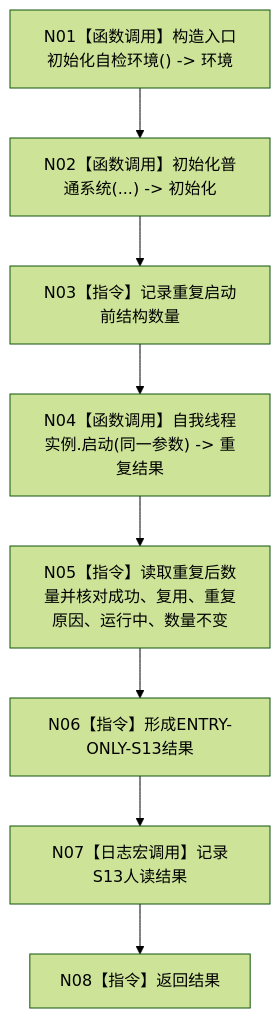
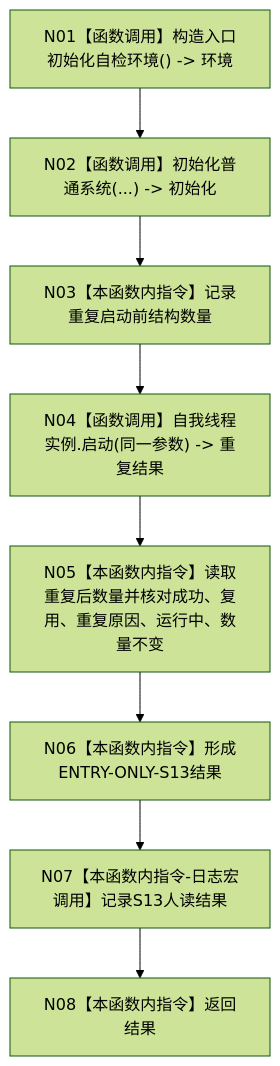
Before and after one commit to chunhaizh-cyber/HY-Ego: the diagram in 流程图/20260726_ENTRY-ONLY_S13_自我线程重复启动结构不变_施工流程图_v0.1.md, drawn with Mermaid (forest theme). The commit also changed other lines of this file and 88 other files, not shown here.

````diff
--- a/流程图/20260726_ENTRY-ONLY_S13_自我线程重复启动结构不变_施工流程图_v0.1.md
+++ b/流程图/20260726_ENTRY-ONLY_S13_自我线程重复启动结构不变_施工流程图_v0.1.md
@@ -7,10 +27,10 @@
 ```mermaid
 flowchart TD
     N01["N01【函数调用】构造入口初始化自检环境() -> 环境"] --> N02["N02【函数调用】初始化普通系统(...) -> 初始化"]
-    N02 --> N03["N03【指令】记录重复启动前结构数量"]
+    N02 --> N03["N03【本函数内指令】记录重复启动前结构数量"]
     N03 --> N04["N04【函数调用】自我线程实例.启动(同一参数) -> 重复结果"]
-    N04 --> N05["N05【指令】读取重复后数量并核对成功、复用、重复原因、运行中、数量不变"]
-    N05 --> N06["N06【指令】形成ENTRY-ONLY-S13结果"]
-    N06 --> N07["N07【日志宏调用】记录S13人读结果"]
-    N07 --> N08["N08【指令】返回结果"]
+    N04 --> N05["N05【本函数内指令】读取重复后数量并核对成功、复用、重复原因、运行中、数量不变"]
+    N05 --> N06["N06【本函数内指令】形成ENTRY-ONLY-S13结果"]
+    N06 --> N07["N07【本函数内指令-日志宏调用】记录S13人读结果"]
+    N07 --> N08["N08【本函数内指令】返回结果"]
 ```
````
